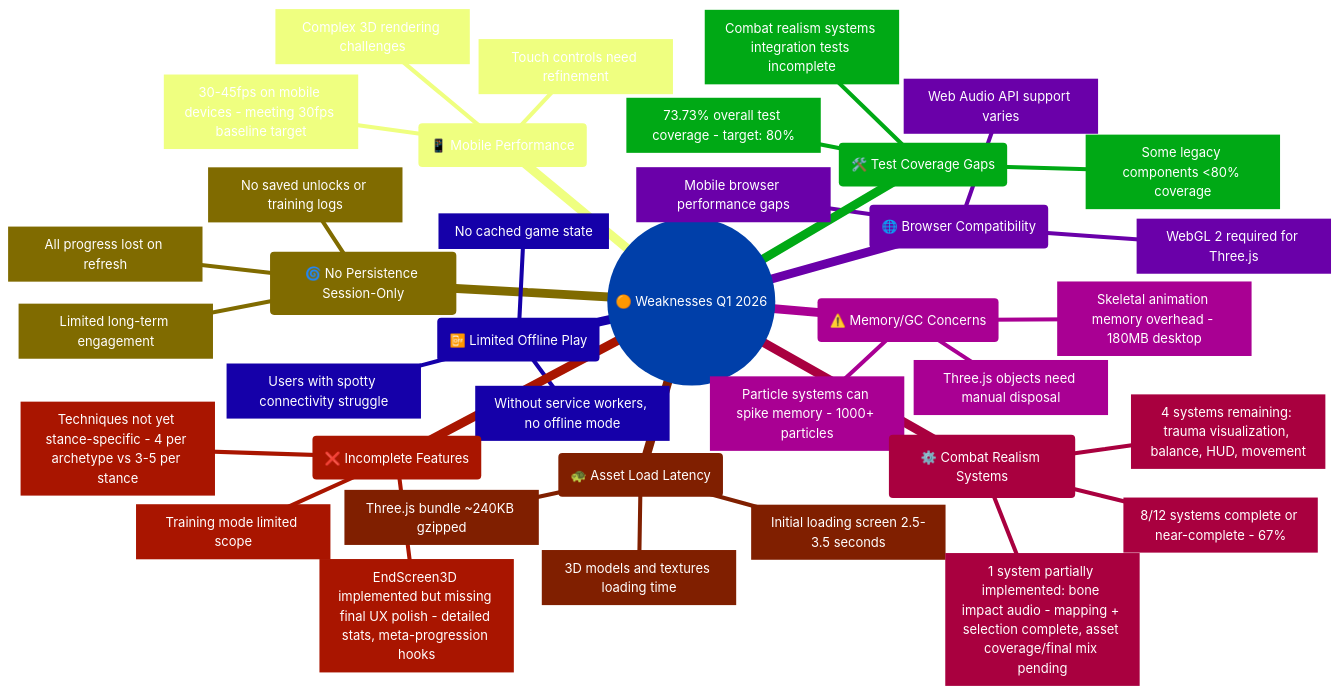
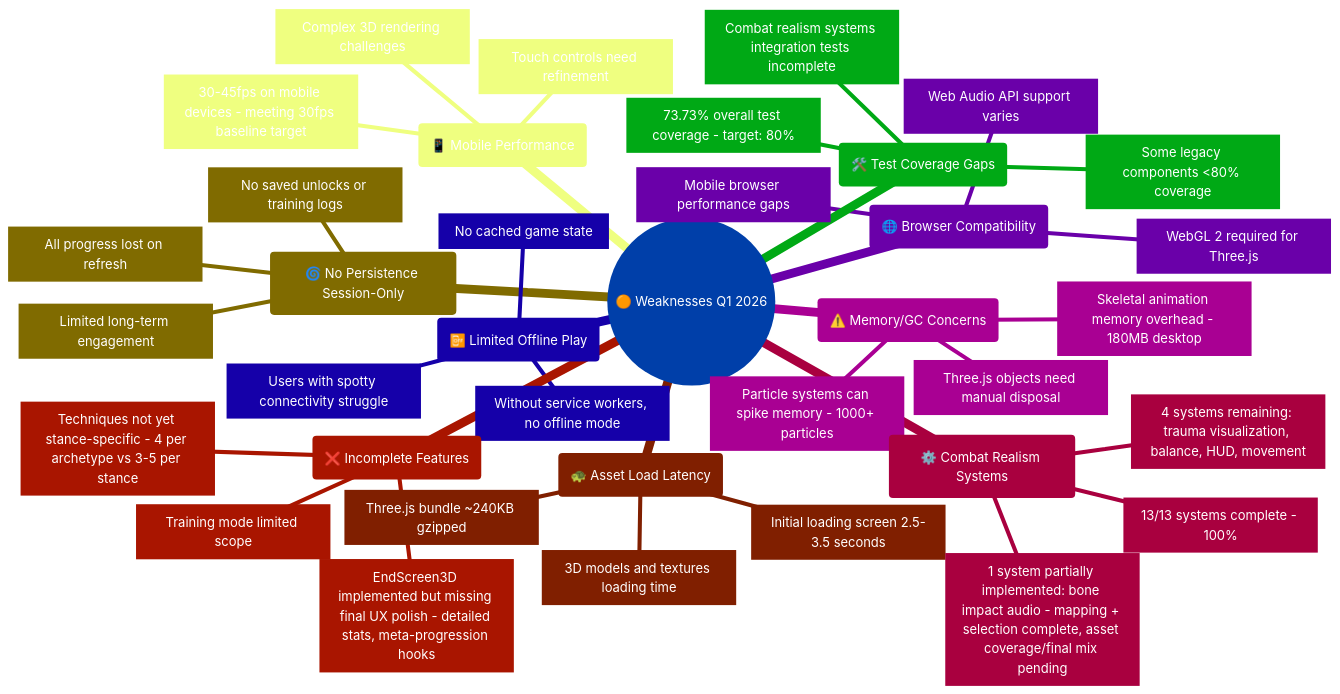
Before and after one commit to Hack23/blacktrigram: the tenth of 22 diagrams in docs/api/media/ARCHITECTURE.md, drawn with Mermaid. The commit also changed other lines of this file and 4459 other files, not shown here.

````diff
--- a/docs/api/media/ARCHITECTURE.md
+++ b/docs/api/media/ARCHITECTURE.md
@@ -1594,41 +1594,41 @@
 ```mermaid
 %%{init: {'theme':'base', 'themeVariables': {'primaryColor':'#2979FF','primaryTextColor':'#fff','primaryBorderColor':'#0D47A1','lineColor':'#00C853','secondaryColor':'#FFD600','tertiaryColor':'#FF3D00'}}}%%
 mindmap
   root((🟠 Weaknesses Q1 2026))
     id1(🌀 No Persistence Session-Only)
       id1.1[All progress lost on refresh]
       id1.2[No saved unlocks or training logs]
       id1.3[Limited long-term engagement]
     id2(🐢 Asset Load Latency)
       id2.1[Three.js bundle ~240KB gzipped]
       id2.2[3D models and textures loading time]
       id2.3[Initial loading screen 2.5-3.5 seconds]
     id3(📴 Limited Offline Play)
       id3.1[Without service workers, no offline mode]
       id3.2[Users with spotty connectivity struggle]
       id3.3[No cached game state]
     id4(🌐 Browser Compatibility)
       id4.1[WebGL 2 required for Three.js]
       id4.2[Web Audio API support varies]
       id4.3[Mobile browser performance gaps]
     id5(⚠️ Memory/GC Concerns)
       id5.1[Three.js objects need manual disposal]
       id5.2[Skeletal animation memory overhead - 180MB desktop]
       id5.3[Particle systems can spike memory - 1000+ particles]
     id6(⚙️ Combat Realism Systems)
-      id6.1[8/12 systems complete or near-complete - 67%]
+      id6.1[13/13 systems complete - 100%]
       id6.2[4 systems remaining: trauma visualization, balance, HUD, movement]
       id6.3[1 system partially implemented: bone impact audio - mapping + selection complete, asset coverage/final mix pending]
     id7(❌ Incomplete Features)
       id7.1[Techniques not yet stance-specific - 4 per archetype vs 3-5 per stance]
       id7.2[EndScreen3D implemented but missing final UX polish - detailed stats, meta-progression hooks]
       id7.3[Training mode limited scope]
     id8(📱 Mobile Performance)
       id8.1[30-45fps on mobile devices - meeting 30fps baseline target]
       id8.2[Complex 3D rendering challenges]
       id8.3[Touch controls need refinement]
     id9(🛠️ Test Coverage Gaps)
       id9.1[73.73% overall test coverage - target: 80%]
       id9.2[Some legacy components <80% coverage]
       id9.3[Combat realism systems integration tests incomplete]
 ```
````
